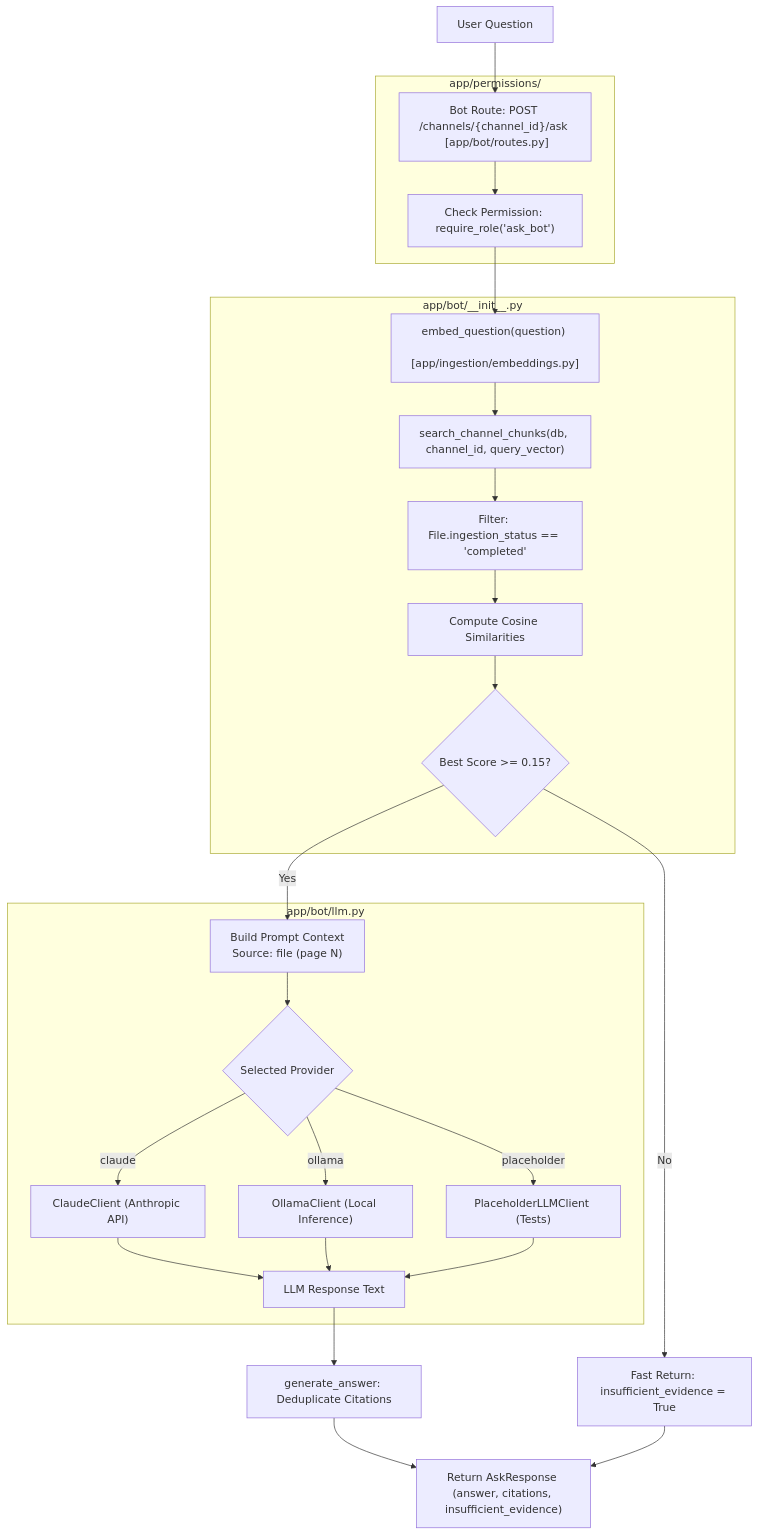
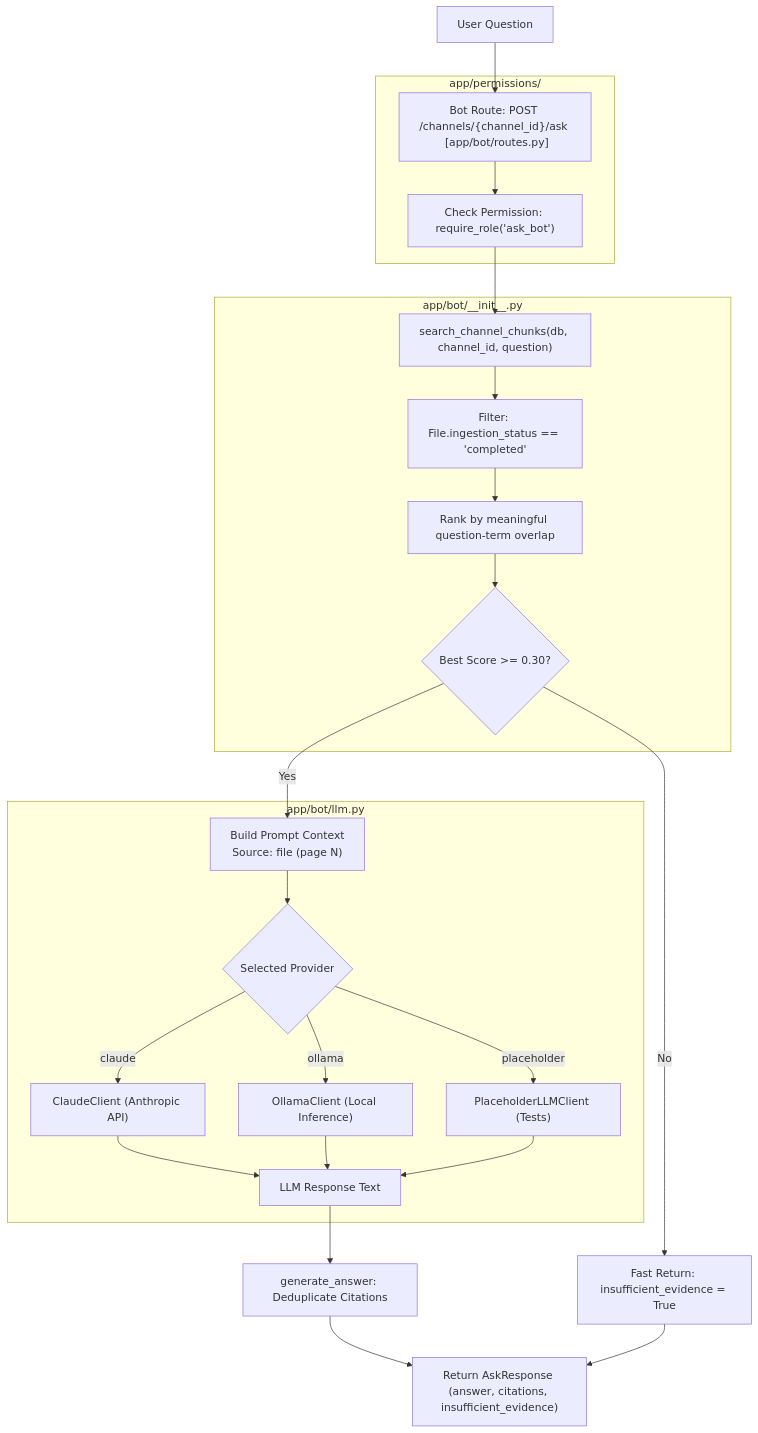
Before and after one commit to Ahmed-Elnaggar1/Working_Space: the diagram in docs/modules/bot.md, drawn with Mermaid. The commit also changed other lines of this file and 3 other files, not shown here.

````diff
--- a/docs/modules/bot.md
+++ b/docs/modules/bot.md
@@ -14,31 +14,30 @@
 ```mermaid
 flowchart TD
     A[User Question] --> B["Bot Route: POST /channels/{channel_id}/ask <br> [app/bot/routes.py]"]
 
     subgraph Authorization ["app/permissions/"]
         B --> C["Check Permission: require_role('ask_bot')"]
     end
 
     subgraph Retrieval Pipeline ["app/bot/__init__.py"]
-        C --> D["embed_question(question) <br> [app/ingestion/embeddings.py]"]
-        D --> E["search_channel_chunks(db, channel_id, query_vector)"]
-        E --> F["Filter: File.ingestion_status == 'completed'"]
-        F --> G["Compute Cosine Similarities"]
-        G --> H{"Best Score >= 0.15?"}
+        C --> D["search_channel_chunks(db, channel_id, question)"]
+      D --> E["Filter: File.ingestion_status == 'completed'"]
+      E --> F["Rank by meaningful question-term overlap"]
+      F --> G{"Best Score >= 0.30?"}
     end
 
-    H -- No --> I["Fast Return: insufficient_evidence = True"]
+    G -- No --> I["Fast Return: insufficient_evidence = True"]
 
     subgraph LLM Generation ["app/bot/llm.py"]
-        H -- Yes --> J["Build Prompt Context <br> Source: file (page N)"]
+      G -- Yes --> J["Build Prompt Context <br> Source: file (page N)"]
         J --> K{"Selected Provider"}
         K -- claude --> L["ClaudeClient (Anthropic API)"]
         K -- ollama --> M["OllamaClient (Local Inference)"]
         K -- placeholder --> N["PlaceholderLLMClient (Tests)"]
         L & M & N --> O["LLM Response Text"]
     end
 
     O --> P["generate_answer: Deduplicate Citations"]
     P --> Q["Return AskResponse (answer, citations, insufficient_evidence)"]
     I --> Q
 ```
````
